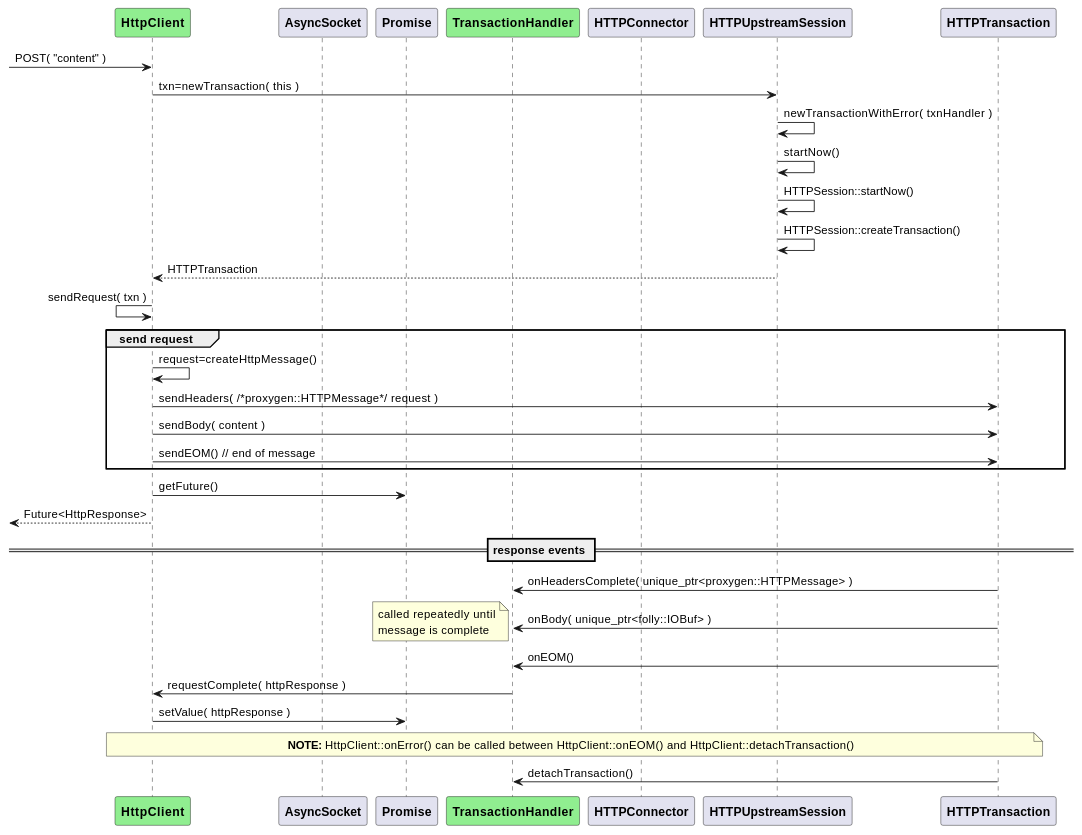
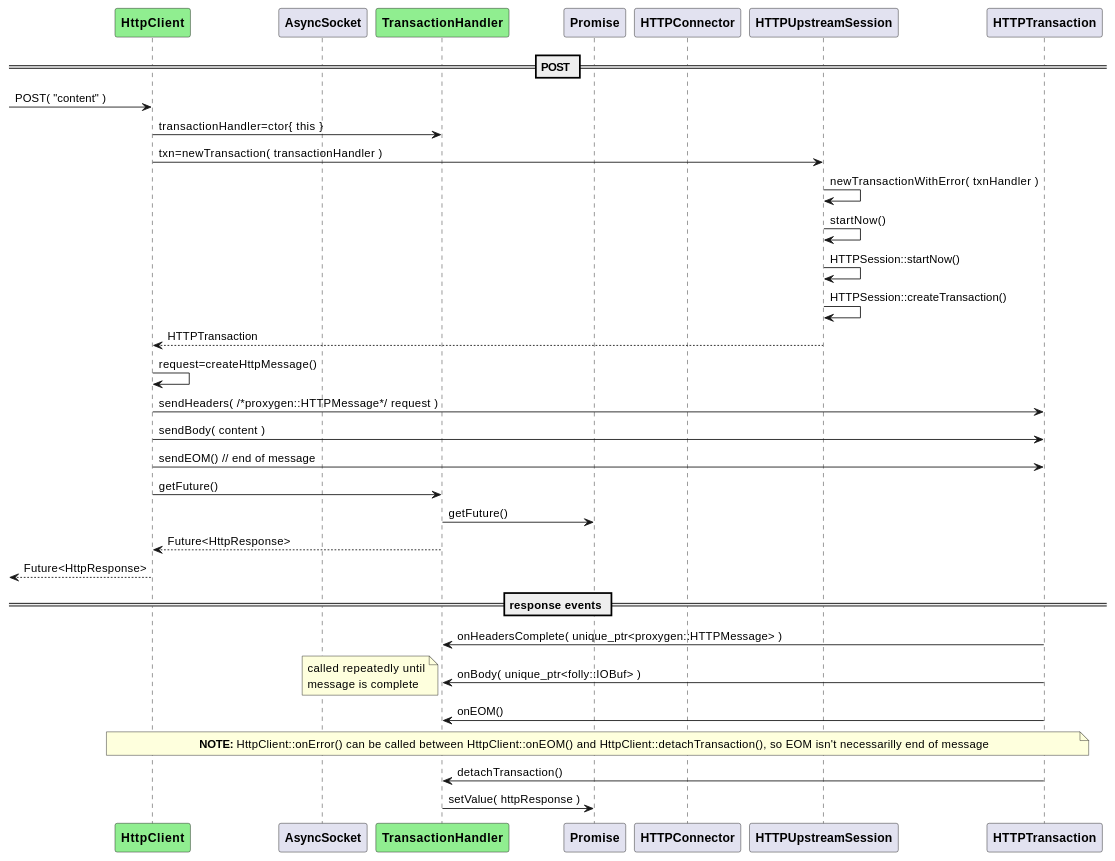
One commit to patrickhallinan/hello-proxygen changed the third of 4 diagrams in doc/http-client.adoc. Above: the diagram before and after it, drawn with PlantUML. The commit also changed 10 other files, not shown here.

First line of the commit message:
move request promise to TransactionHandler (#11)

```diff
--- a/doc/http-client.adoc
+++ b/doc/http-client.adoc
@@ -177,53 +177,56 @@
 [plantuml, "http-client-post-seq.puml", svg]
 ----
 
 participant "**HttpClient**" as HttpClient #LightGreen
 participant "**AsyncSocket**" as AsyncSocket
+participant "**TransactionHandler**" as TransactionHandler #LightGreen
 participant "**Promise**" as Promise
-participant "**TransactionHandler**" as TransactionHandler #LightGreen
 participant "**HTTPConnector**" as HTTPConnector
 participant "**HTTPUpstreamSession**" as HTTPUpstreamSession
 participant "**HTTPTransaction**" as HTTPTransaction
 
 
+== POST ==
+
 -> HttpClient : POST( "content" )
-HttpClient -> HTTPUpstreamSession : txn=newTransaction( this )
+
+HttpClient -> TransactionHandler : transactionHandler=ctor{ this }
+HttpClient -> HTTPUpstreamSession : txn=newTransaction( transactionHandler )
 HTTPUpstreamSession -> HTTPUpstreamSession : newTransactionWithError( txnHandler )
 HTTPUpstreamSession -> HTTPUpstreamSession : startNow()
 HTTPUpstreamSession -> HTTPUpstreamSession : HTTPSession::startNow()    
 HTTPUpstreamSession -> HTTPUpstreamSession : HTTPSession::createTransaction()
 HTTPUpstreamSession --> HttpClient : HTTPTransaction
 
-HttpClient <- HttpClient : sendRequest( txn )
+HttpClient -> HttpClient : request=createHttpMessage()
+HttpClient -> HTTPTransaction : sendHeaders( /*proxygen::HTTPMessage*/ request )
+HttpClient -> HTTPTransaction : sendBody( content )
+HttpClient -> HTTPTransaction : sendEOM() // end of message
 
-group send request
-    HttpClient -> HttpClient : request=createHttpMessage()
-    HttpClient -> HTTPTransaction : sendHeaders( /*proxygen::HTTPMessage*/ request )
-    HttpClient -> HTTPTransaction : sendBody( content )
-    HttpClient -> HTTPTransaction : sendEOM() // end of message
-end group
-
-HttpClient -> Promise : getFuture()
+HttpClient -> TransactionHandler : getFuture()
+TransactionHandler -> Promise : getFuture()
+TransactionHandler --> HttpClient : Future<HttpResponse>
 <-- HttpClient : Future<HttpResponse>
 
 
 == response events ==
 
 HTTPTransaction -> TransactionHandler : onHeadersComplete( unique_ptr<proxygen::HTTPMessage> )
 
 HTTPTransaction -> TransactionHandler : onBody( unique_ptr<folly::IOBuf> )
 note left
     called repeatedly until
     message is complete
 end note
 
 HTTPTransaction -> TransactionHandler : onEOM()
-TransactionHandler -> HttpClient : requestComplete( httpResponse )
-HttpClient -> Promise : setValue( httpResponse )
 
 note across
-    **NOTE:** HttpClient::onError() can be called between HttpClient::onEOM() and HttpClient::detachTransaction()
+    **NOTE:** HttpClient::onError() can be called between HttpClient::onEOM() and HttpClient::detachTransaction(), so EOM isn't necessarilly end of message
 end note
 
 HTTPTransaction -> TransactionHandler : detachTransaction()
+
+TransactionHandler -> Promise : setValue( httpResponse )
+
 ----
```
